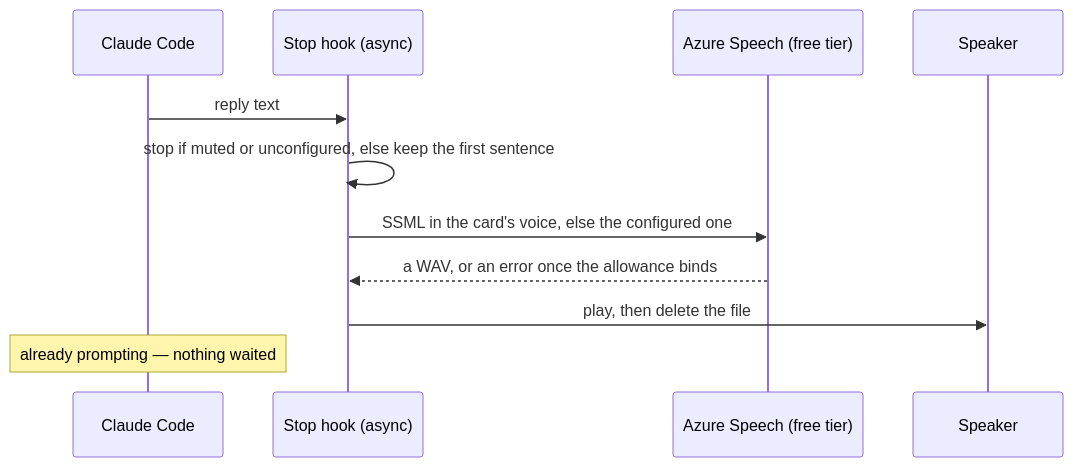
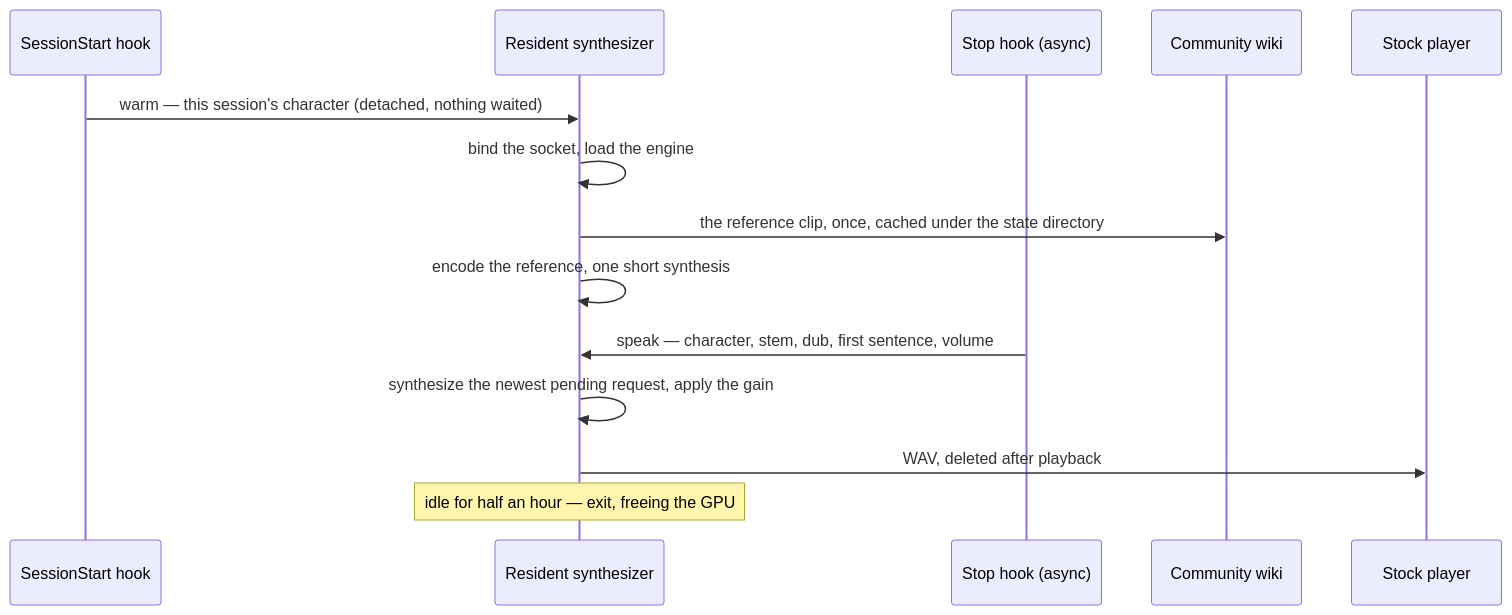
The first of 2 diagrams in apps/web/content/docs/infra/claude-interface/spoken-replies.md (Esposter/Esposter), drawn with Mermaid before and after one commit. The commit also changed other lines of this file and 17 other files, not shown here.

````diff
--- a/apps/web/content/docs/infra/claude-interface/spoken-replies.md
+++ b/apps/web/content/docs/infra/claude-interface/spoken-replies.md
@@ -17,14 +19,17 @@
 ```mermaid
 sequenceDiagram
-    participant Claude as Claude Code
-    participant Hook as Stop hook (async)
-    participant Azure as Azure Speech (free tier)
-    participant Audio as Speaker
+    participant Start as SessionStart hook
+    participant Server as Resident synthesizer
+    participant Stop as Stop hook (async)
+    participant Wiki as Community wiki
+    participant Player as Stock player
 
-    Claude->>Hook: reply text
-    Hook->>Hook: stop if muted or unconfigured, else keep the first sentence
-    Hook->>Azure: SSML in the card's voice, else the configured one
-    Azure-->>Hook: a WAV, or an error once the allowance binds
-    Hook->>Audio: play, then delete the file
-    Note over Claude: already prompting — nothing waited
+    Start->>Server: warm — this session's character (detached, nothing waited)
+    Server->>Server: bind the socket, load the engine
+    Server->>Wiki: the reference clip, once, cached under the state directory
+    Server->>Server: encode the reference, one short synthesis
+    Stop->>Server: speak — character, stem, dub, first sentence, volume
+    Server->>Server: synthesize the newest pending request, apply the gain
+    Server->>Player: WAV, deleted after playback
+    Note over Server: idle for half an hour — exit, freeing the GPU
 ```
````
